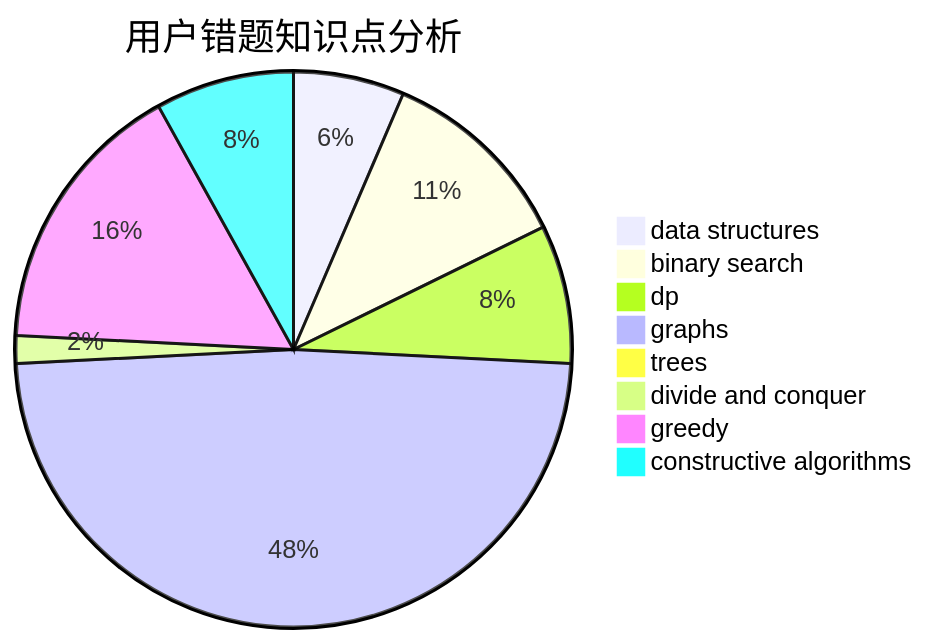
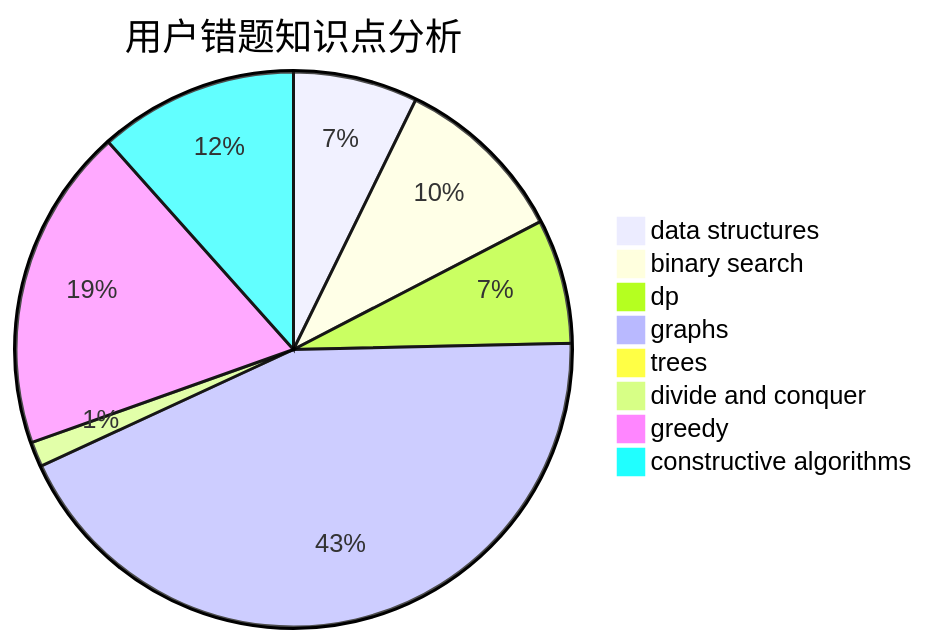
Before and after one commit to sherpahu/cfrs.github.io: the third of 3 diagrams in docs/user/u497.md, drawn with Mermaid. The commit also changed other lines of this file and 2770 other files, not shown here.

````diff
--- a/docs/user/u497.md
+++ b/docs/user/u497.md
@@ -36,11 +36,11 @@
 ```mermaid
 pie title 用户错题知识点分析
-    "data structures" :  4
+    "data structures" :  5
     "binary search" :  7
     "dp" :  5
     "graphs" :  30
     "trees" :  0
     "divide and conquer" :  1
-    "greedy" :  10
-    "constructive algorithms" :  5
+    "greedy" :  13
+    "constructive algorithms" :  8
 ```
````
